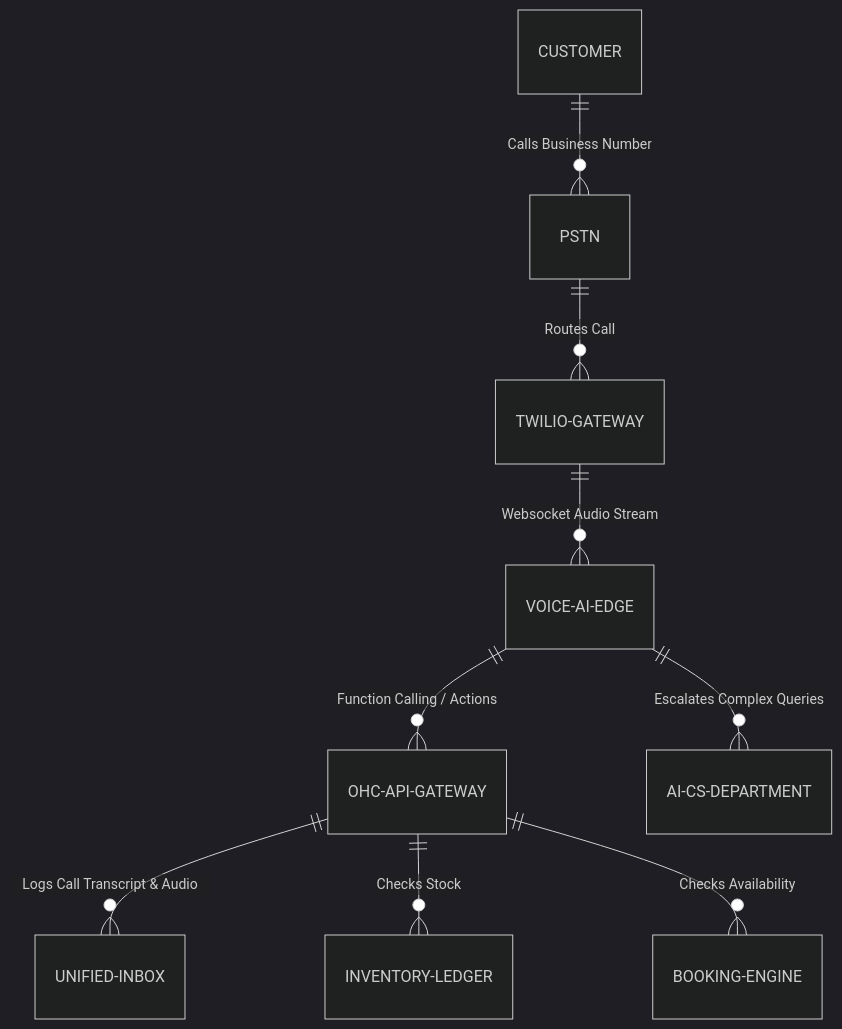
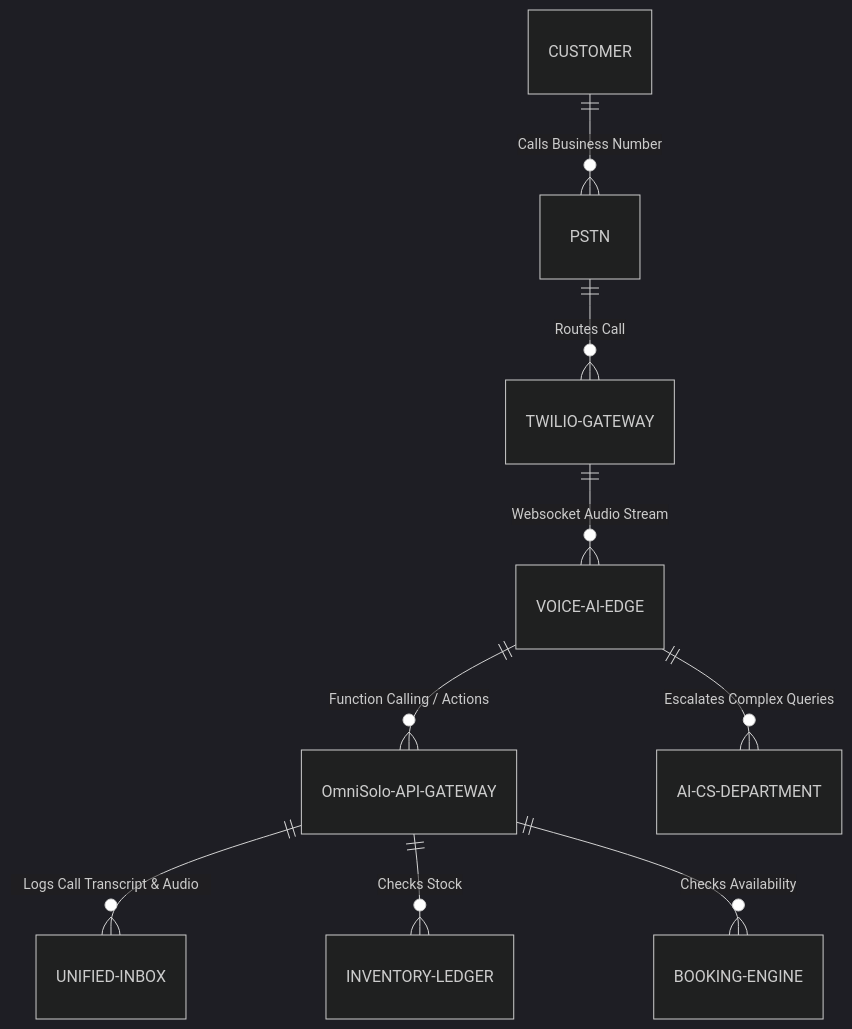
One commit to omnisolo-llc/onehumancorp changed the diagram in docs/research/[architecture]_autonomous_voice_receptionist.md. Above: the diagram before and after it, drawn with Mermaid (dark theme). The commit also changed other lines of this file and 2191 other files, not shown here.

Commit message:
feat: complete OmniSolo rename and browser audit

````diff
--- a/docs/research/[architecture]_autonomous_voice_receptionist.md
+++ b/docs/research/[architecture]_autonomous_voice_receptionist.md
@@ -42,13 +42,13 @@
 ```mermaid
 erDiagram
     CUSTOMER ||--o{ PSTN : "Calls Business Number"
     PSTN ||--o{ TWILIO-GATEWAY : "Routes Call"
     TWILIO-GATEWAY ||--o{ VOICE-AI-EDGE : "Websocket Audio Stream"
-    VOICE-AI-EDGE ||--o{ OHC-API-GATEWAY : "Function Calling / Actions"
+    VOICE-AI-EDGE ||--o{ OmniSolo-API-GATEWAY : "Function Calling / Actions"
 
-    OHC-API-GATEWAY ||--o{ UNIFIED-INBOX : "Logs Call Transcript & Audio"
-    OHC-API-GATEWAY ||--o{ INVENTORY-LEDGER : "Checks Stock"
-    OHC-API-GATEWAY ||--o{ BOOKING-ENGINE : "Checks Availability"
+    OmniSolo-API-GATEWAY ||--o{ UNIFIED-INBOX : "Logs Call Transcript & Audio"
+    OmniSolo-API-GATEWAY ||--o{ INVENTORY-LEDGER : "Checks Stock"
+    OmniSolo-API-GATEWAY ||--o{ BOOKING-ENGINE : "Checks Availability"
 
     VOICE-AI-EDGE ||--o{ AI-CS-DEPARTMENT : "Escalates Complex Queries"
 ```
````
